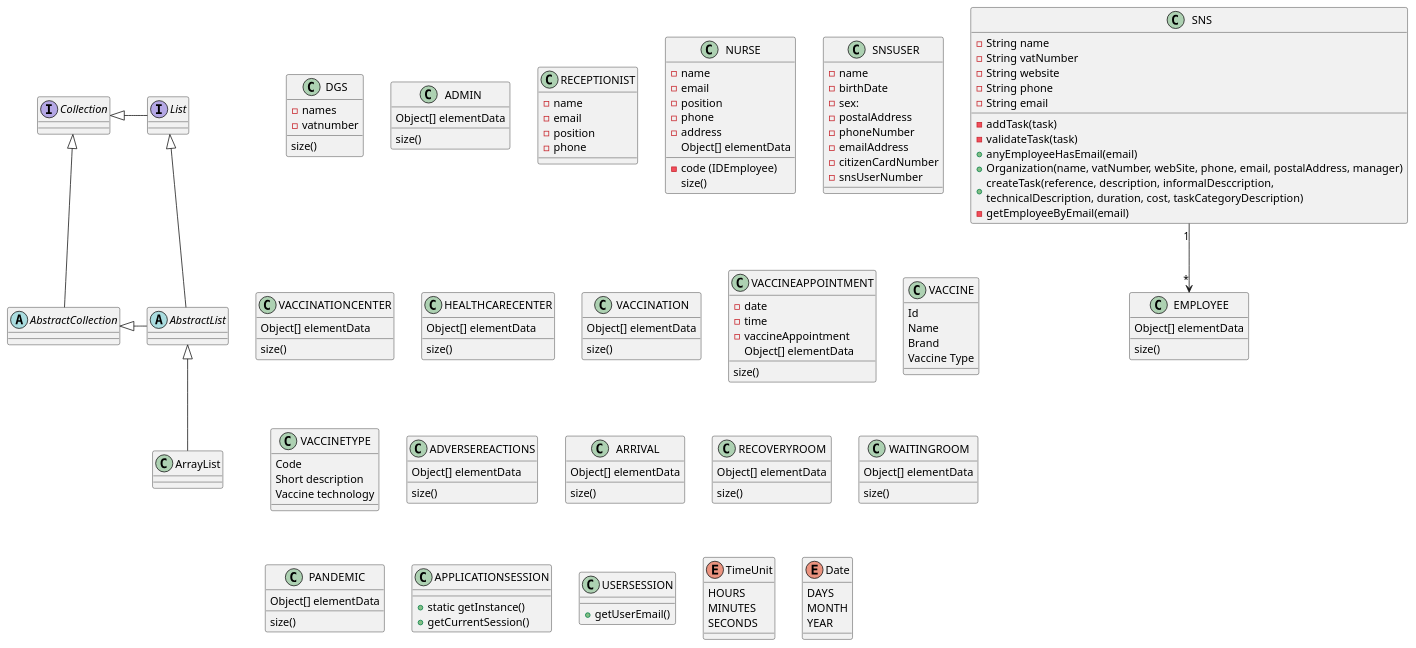
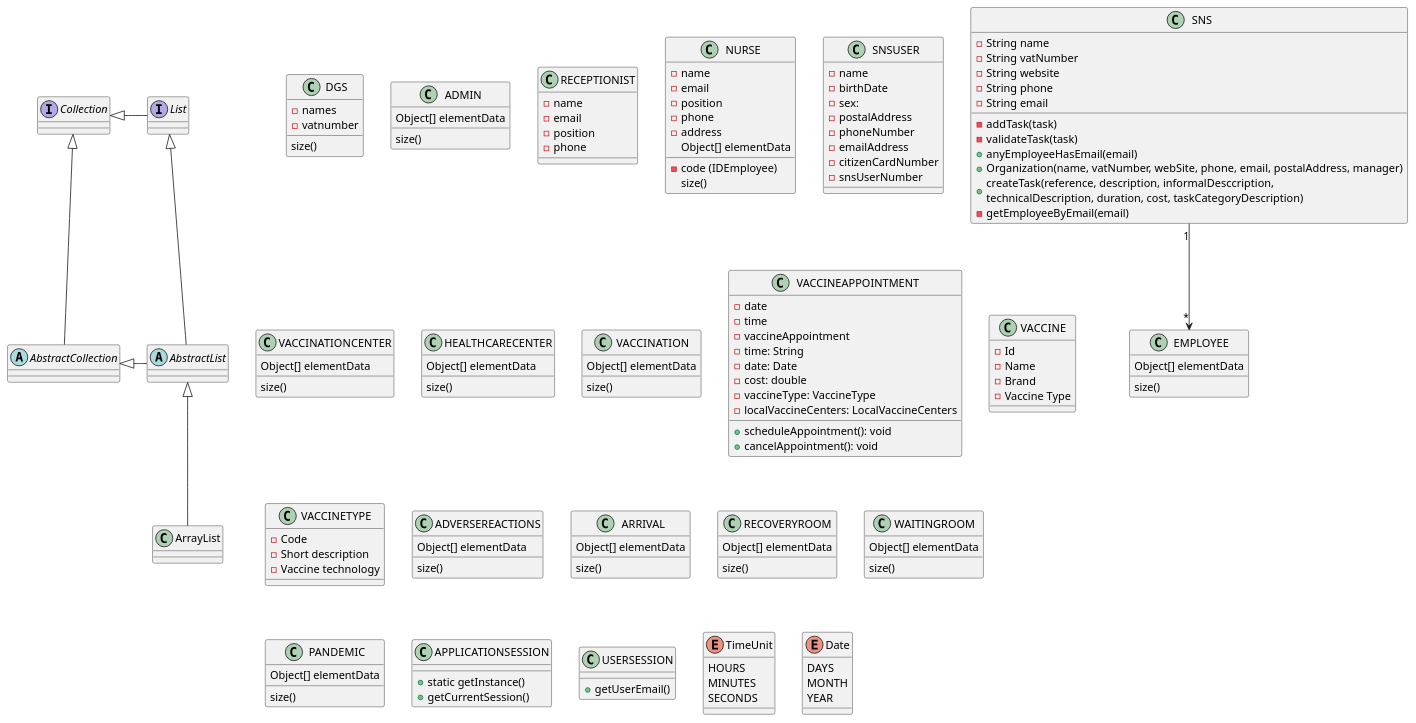
The diagram in src/main/puml/DomainBase/dados.puml (veracunha12/BaseDadosDomain), drawn with PlantUML before and after one commit.

```diff
--- a/src/main/puml/DomainBase/dados.puml
+++ b/src/main/puml/DomainBase/dados.puml
@@ -1,151 +1,158 @@
 @startuml
 'https://plantuml.com/class-diagram
 
 abstract class AbstractList
 abstract AbstractCollection
 interface List
 interface Collection
 
 List <|-- AbstractList
 Collection <|-- AbstractCollection
 
 Collection <|- List
 AbstractCollection <|- AbstractList
 AbstractList <|-- ArrayList
 
 SNS "1" --> "*" EMPLOYEE
 
 
 
 
 
 
 class DGS {
     - names
     -vatnumber
      size()
 }
 
 class SNS {
   - String name
     - String vatNumber
     - String website
     - String phone
     - String email
 
     - addTask(task)
     - validateTask(task)
     + anyEmployeeHasEmail(email)
     + Organization(name, vatNumber, webSite, phone, email, postalAddress, manager)
     + createTask(reference, description, informalDesccription,\ntechnicalDescription, duration, cost, taskCategoryDescription)
     - getEmployeeByEmail(email)
 
 }
 class EMPLOYEE {
 Object[] elementData
 size()
 }
 class ADMIN {
 Object[] elementData
 size()
 }
 class RECEPTIONIST {
  - name
  - email
  - position
  - phone
 }
 class NURSE {
    -name
    - email
    - position
    - phone
    -address
    - code (IDEmployee)
 Object[] elementData
 size()
 }
 class SNSUSER {
 - name
 - birthDate
 - sex:
 - postalAddress
 - phoneNumber
 - emailAddress
 - citizenCardNumber
 - snsUserNumber
 }
 class VACCINATIONCENTER {
 Object[] elementData
 size()
 }
 class HEALTHCARECENTER {
 Object[] elementData
 size()
 }
 class VACCINATION {
 Object[] elementData
 size()
 }
 class VACCINEAPPOINTMENT {
 - date
 - time
 - vaccineAppointment
 }
 class VACCINE {
-Id
-Name
-Brand
-Vaccine Type
+-Id
+-Name
+-Brand
+-Vaccine Type
 }
 class VACCINETYPE{
- Code
- Short description
- Vaccine technology
+ -Code
+ -Short description
+ -Vaccine technology
 }
 class VACCINEAPPOINTMENT {
-Object[] elementData
-size()
+    - time: String
+    - date: Date
+    - cost: double
+    - vaccineType: VaccineType
+    - localVaccineCenters: LocalVaccineCenters
+
+    + scheduleAppointment(): void
+    + cancelAppointment(): void
+
 }
 class ADVERSEREACTIONS {
 Object[] elementData
 size()
 }
 class ARRIVAL{
 Object[] elementData
 size()
 }
 class RECOVERYROOM{
 Object[] elementData
 size()
 }
 class WAITINGROOM {
 Object[] elementData
 size()
 }
 class PANDEMIC {
 Object[] elementData
 size()
 }
 class APPLICATIONSESSION{
     + static getInstance()
     + getCurrentSession()
 
 }
 class USERSESSION {
 + getUserEmail()
 
 }
 enum TimeUnit {
 HOURS
 MINUTES
 SECONDS
 }
 
 enum Date {
 DAYS
 MONTH
 YEAR
 }
 
 @enduml
```
